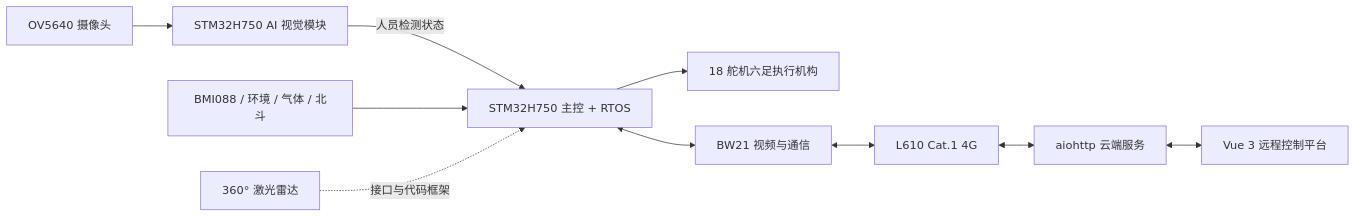
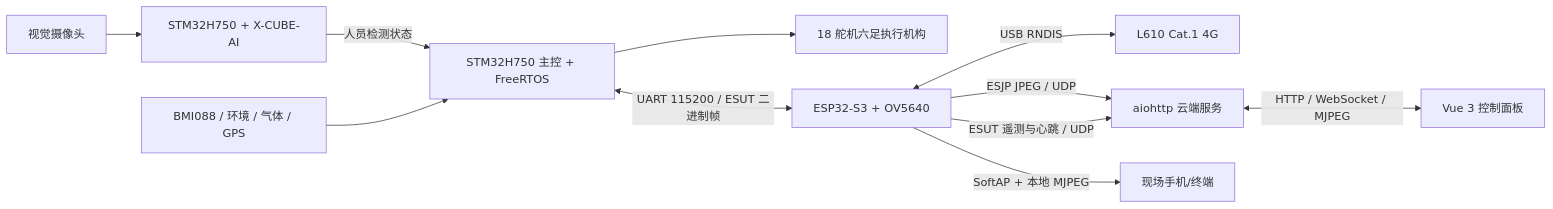
The diagram in README.md (hajimi-yzy/YOLO-Human-Detection-Project-Based-on-STM32H750), drawn with Mermaid before and after one commit. The commit also changed other lines of this file and 115 other files, not shown here.

````diff
--- a/README.md
+++ b/README.md
@@ -21,12 +11,13 @@
 ```mermaid
 flowchart LR
-    Camera["OV5640 摄像头"] --> Vision["STM32H750 AI 视觉模块"]
-    Vision -->|人员检测状态| Main["STM32H750 主控 + RTOS"]
-    Sensors["BMI088 / 环境 / 气体 / 北斗"] --> Main
-    Radar["360° 激光雷达"] -.接口与代码框架.-> Main
+    VisionCamera["视觉摄像头"] --> Vision["STM32H750 + X-CUBE-AI"]
+    Vision -->|人员检测状态| Main["STM32H750 主控 + FreeRTOS"]
+    Sensors["BMI088 / 环境 / 气体 / GPS"] --> Main
     Main --> Servo["18 舵机六足执行机构"]
-    Main <--> BW21["BW21 视频与通信"]
-    BW21 <--> L610["L610 Cat.1 4G"]
-    L610 <--> Server["aiohttp 云端服务"]
-    Server <--> Web["Vue 3 远程控制平台"]
+    Main <-->|"UART 115200 / ESUT 二进制帧"| ESP["ESP32-S3 + OV5640"]
+    ESP <-->|"USB RNDIS"| L610["L610 Cat.1 4G"]
+    ESP -->|"ESJP JPEG / UDP"| Server["aiohttp 云端服务"]
+    ESP -->|"ESUT 遥测与心跳 / UDP"| Server
+    Server <-->|"HTTP / WebSocket / MJPEG"| Web["Vue 3 控制面板"]
+    ESP -->|"SoftAP + 本地 MJPEG"| Local["现场手机/终端"]
 ```
````
